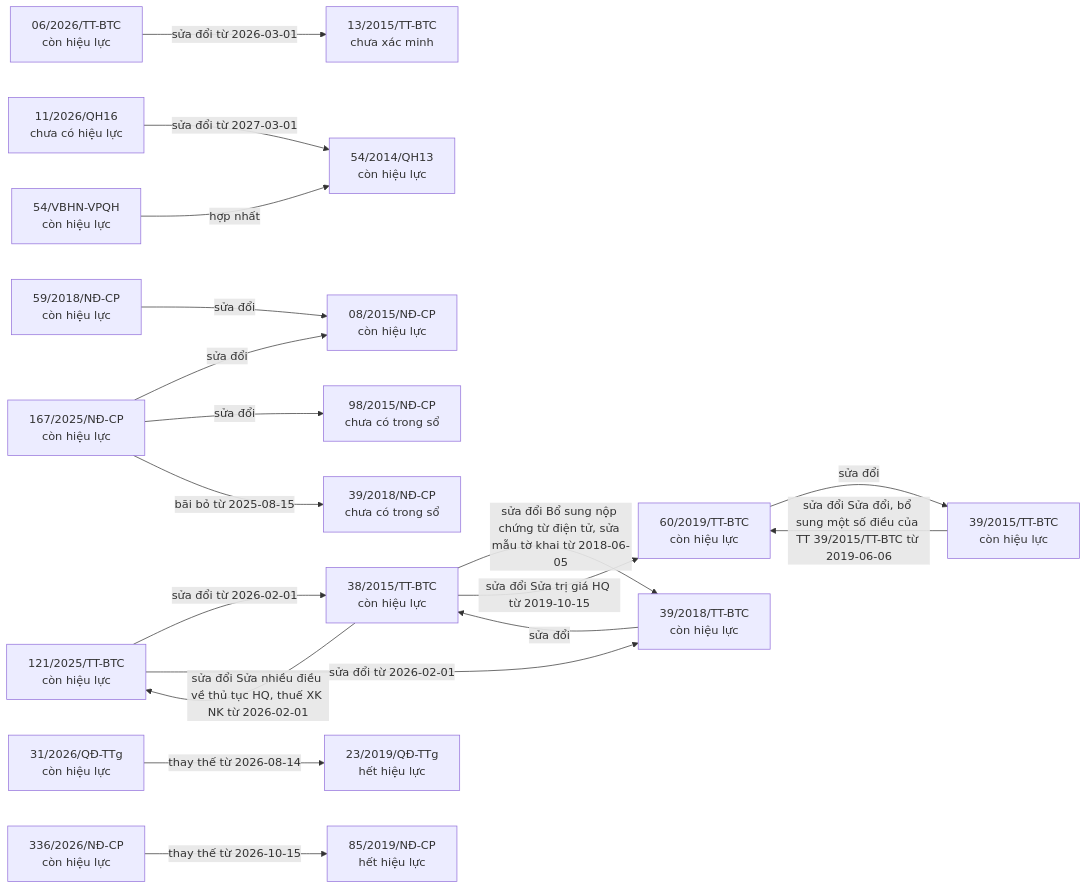
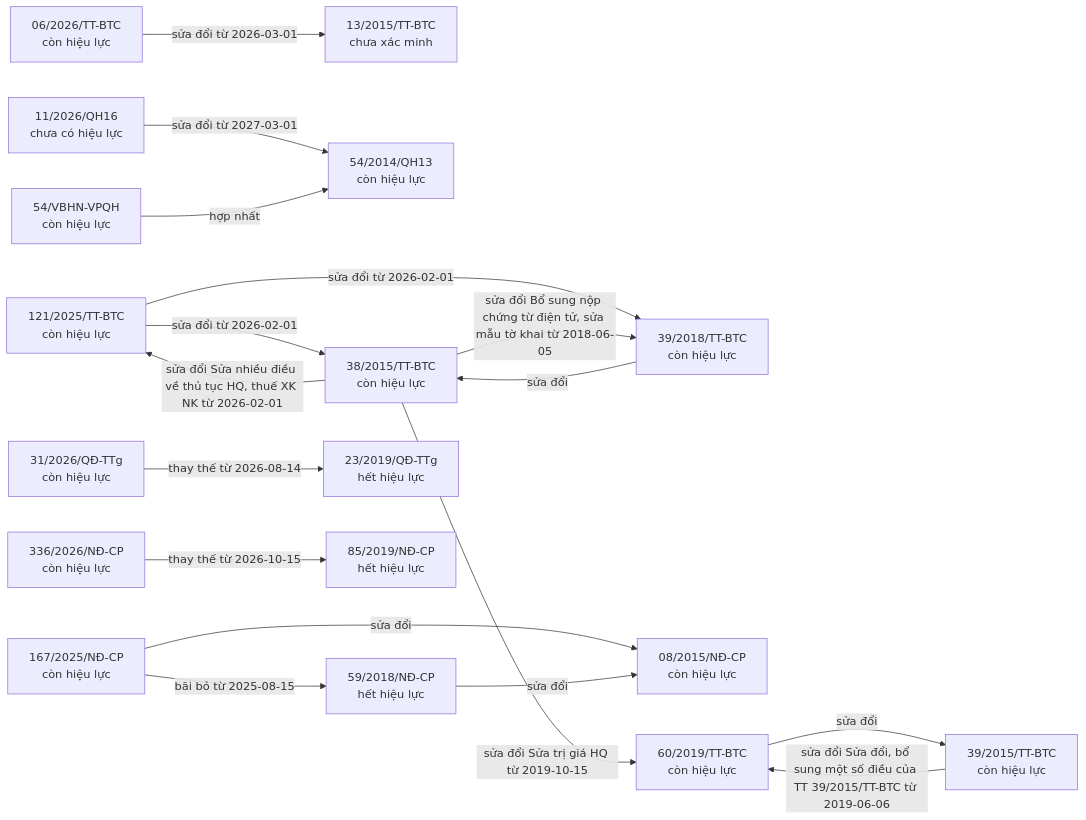
The third of 9 diagrams in bao-cao/quan-he.md (ozvietnam/oz-wiki-plhq), drawn with Mermaid before and after one commit. The commit also changed 5 other files, not shown here.

````diff
--- a/bao-cao/quan-he.md
+++ b/bao-cao/quan-he.md
@@ -45,39 +45,36 @@
 ```mermaid
 flowchart LR
   n_06_2026_TT_BTC["06/2026/TT-BTC<br/>còn hiệu lực"]
   n_13_2015_TT_BTC["13/2015/TT-BTC<br/>chưa xác minh"]
   n_11_2026_QH16["11/2026/QH16<br/>chưa có hiệu lực"]
   n_54_2014_QH13["54/2014/QH13<br/>còn hiệu lực"]
   n_121_2025_TT_BTC["121/2025/TT-BTC<br/>còn hiệu lực"]
   n_38_2015_TT_BTC["38/2015/TT-BTC<br/>còn hiệu lực"]
   n_39_2018_TT_BTC["39/2018/TT-BTC<br/>còn hiệu lực"]
   n_167_2025_N__CP["167/2025/NĐ-CP<br/>còn hiệu lực"]
   n_08_2015_N__CP["08/2015/NĐ-CP<br/>còn hiệu lực"]
-  n_98_2015_N__CP["98/2015/NĐ-CP<br/>chưa có trong sổ"]
-  n_39_2018_N__CP["39/2018/NĐ-CP<br/>chưa có trong sổ"]
+  n_59_2018_N__CP["59/2018/NĐ-CP<br/>hết hiệu lực"]
   n_31_2026_Q__TTg["31/2026/QĐ-TTg<br/>còn hiệu lực"]
   n_23_2019_Q__TTg["23/2019/QĐ-TTg<br/>hết hiệu lực"]
   n_336_2026_N__CP["336/2026/NĐ-CP<br/>còn hiệu lực"]
   n_85_2019_N__CP["85/2019/NĐ-CP<br/>hết hiệu lực"]
   n_60_2019_TT_BTC["60/2019/TT-BTC<br/>còn hiệu lực"]
   n_39_2015_TT_BTC["39/2015/TT-BTC<br/>còn hiệu lực"]
   n_54_VBHN_VPQH["54/VBHN-VPQH<br/>còn hiệu lực"]
-  n_59_2018_N__CP["59/2018/NĐ-CP<br/>còn hiệu lực"]
   n_06_2026_TT_BTC -->|sửa đổi từ 2026-03-01| n_13_2015_TT_BTC
   n_11_2026_QH16 -->|sửa đổi từ 2027-03-01| n_54_2014_QH13
   n_121_2025_TT_BTC -->|sửa đổi từ 2026-02-01| n_38_2015_TT_BTC
   n_121_2025_TT_BTC -->|sửa đổi từ 2026-02-01| n_39_2018_TT_BTC
   n_167_2025_N__CP -->|sửa đổi| n_08_2015_N__CP
-  n_167_2025_N__CP -->|sửa đổi| n_98_2015_N__CP
-  n_167_2025_N__CP -->|bãi bỏ từ 2025-08-15| n_39_2018_N__CP
+  n_167_2025_N__CP -->|bãi bỏ từ 2025-08-15| n_59_2018_N__CP
   n_31_2026_Q__TTg -->|thay thế từ 2026-08-14| n_23_2019_Q__TTg
   n_336_2026_N__CP -->|thay thế từ 2026-10-15| n_85_2019_N__CP
   n_38_2015_TT_BTC -->|sửa đổi Bổ sung nộp chứng từ điện tử, sửa mẫu tờ khai từ 2018-06-05| n_39_2018_TT_BTC
   n_38_2015_TT_BTC -->|sửa đổi Sửa trị giá HQ từ 2019-10-15| n_60_2019_TT_BTC
   n_38_2015_TT_BTC -->|sửa đổi Sửa nhiều điều về thủ tục HQ, thuế XK NK từ 2026-02-01| n_121_2025_TT_BTC
   n_39_2015_TT_BTC -->|sửa đổi Sửa đổi, bổ sung một số điều của TT 39/2015/TT-BTC từ 2019-06-06| n_60_2019_TT_BTC
   n_39_2018_TT_BTC -->|sửa đổi| n_38_2015_TT_BTC
   n_54_VBHN_VPQH -->|hợp nhất| n_54_2014_QH13
   n_59_2018_N__CP -->|sửa đổi| n_08_2015_N__CP
   n_60_2019_TT_BTC -->|sửa đổi| n_39_2015_TT_BTC
 ```
````
